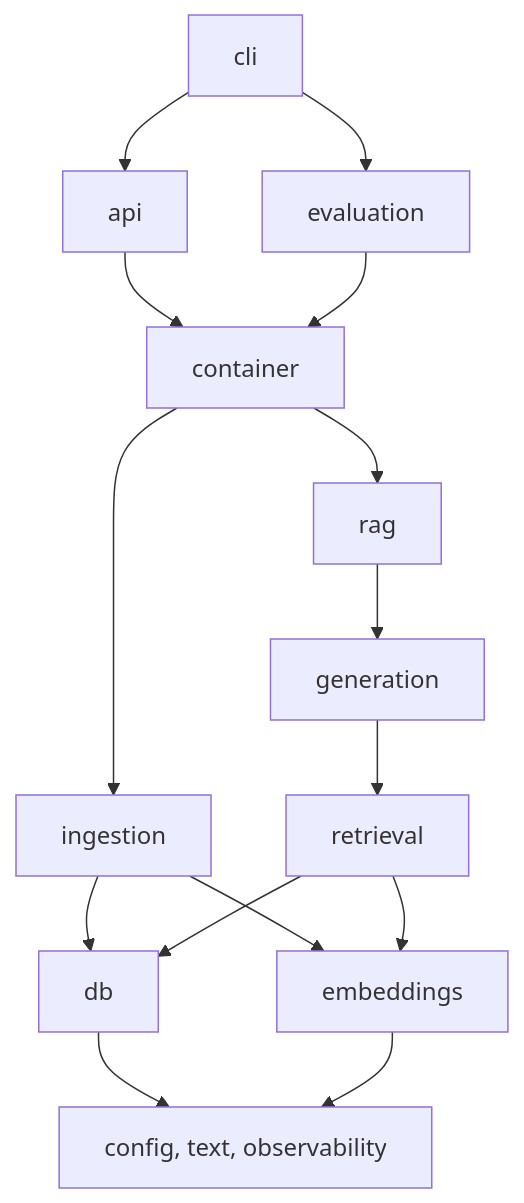
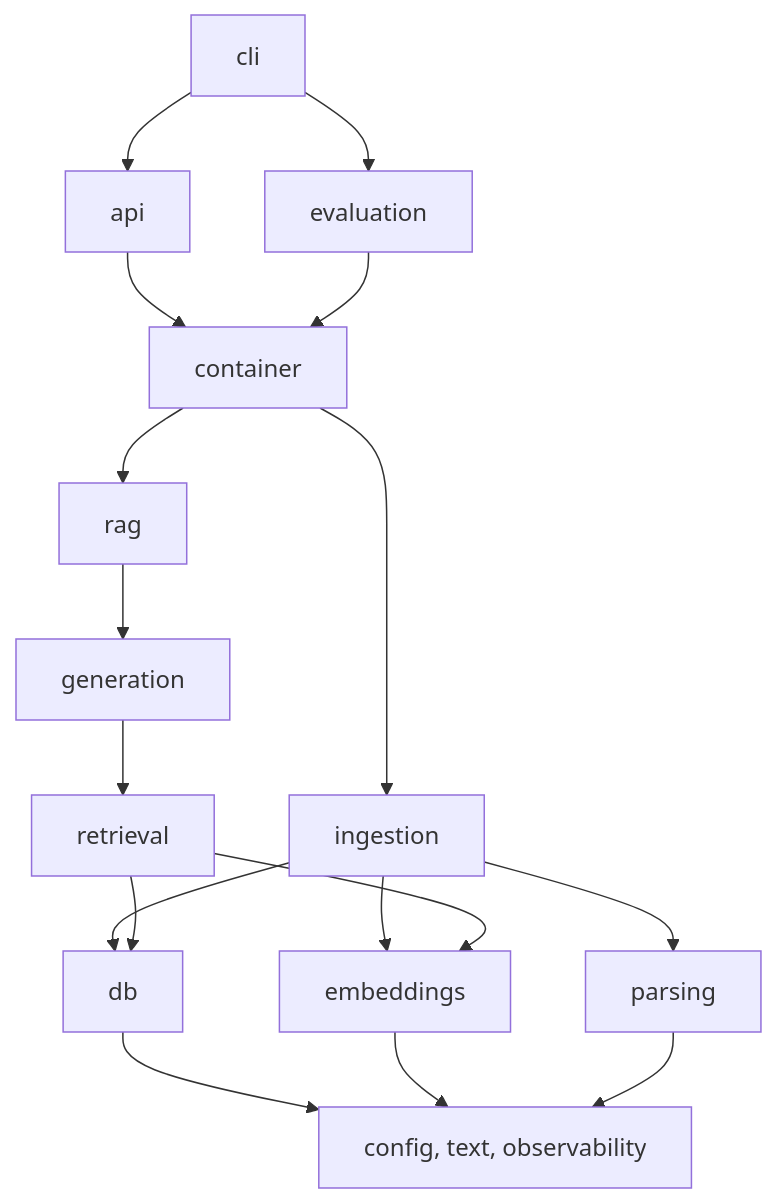
The second of 6 diagrams in docs/architecture.md (saicharan-nidiganti/production-rag), drawn with Mermaid before and after one commit. The commit also changed other lines of this file and 25 other files, not shown here.

````diff
--- a/docs/architecture.md
+++ b/docs/architecture.md
@@ -75,11 +76,12 @@
 ```mermaid
 flowchart TB
     cli --> api & evaluation
     api & evaluation --> container
     container --> rag
     rag --> generation
     generation --> retrieval
     container --> ingestion
+    ingestion --> parsing
     ingestion & retrieval --> db & embeddings
-    db & embeddings --> foundation["config, text, observability"]
+    db & embeddings & parsing --> foundation["config, text, observability"]
 ```
````
